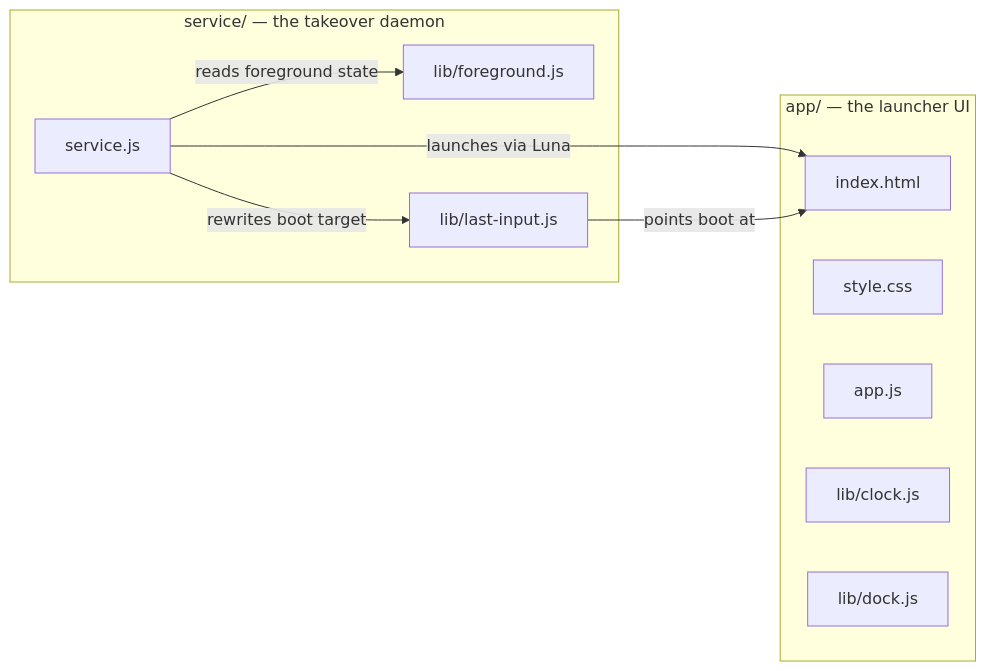
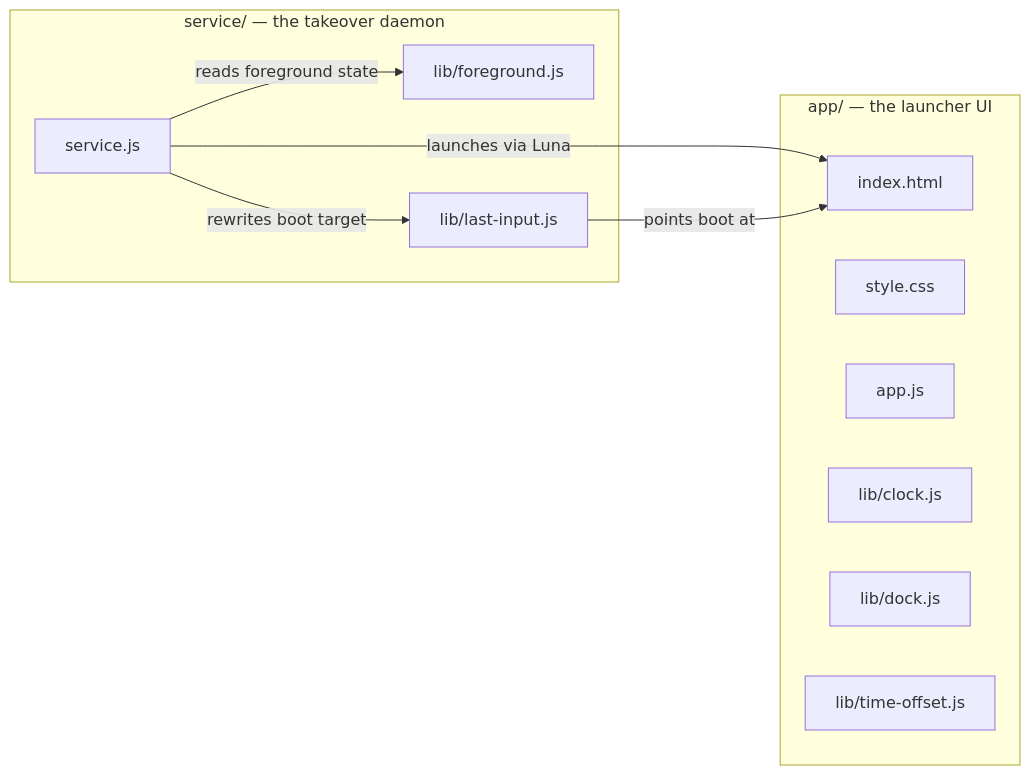
One commit to 1shanpanta/clean-tv changed the first of 2 diagrams in README.md. Above: the diagram before and after it, drawn with Mermaid. The commit also changed other lines of this file, not shown here.

````diff
--- a/README.md
+++ b/README.md
@@ -18,21 +18,22 @@
 ```mermaid
 flowchart LR
     subgraph app["app/ — the launcher UI"]
         html[index.html]
         css[style.css]
         js[app.js]
         lib1[lib/clock.js]
         lib2[lib/dock.js]
+        lib3[lib/time-offset.js]
     end
 
     subgraph service["service/ — the takeover daemon"]
         svc[service.js]
         fg[lib/foreground.js]
         li[lib/last-input.js]
     end
 
     svc -- "launches via Luna" --> html
     svc -- "reads foreground state" --> fg
     svc -- "rewrites boot target" --> li
     li -- "points boot at" --> html
 ```
````
